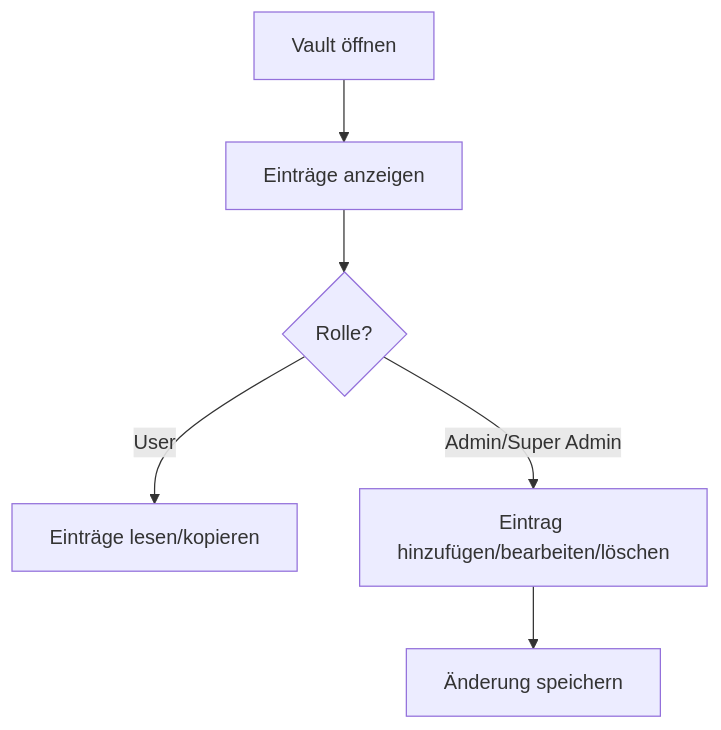
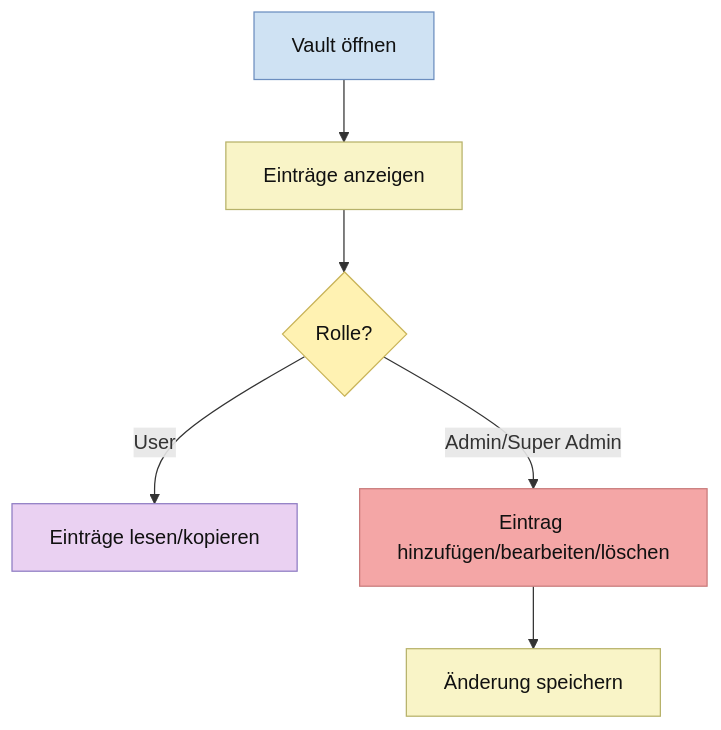
Diagram 13 of 23 in ABLAUFDIAGRAMM.md (Nejy190501/WGManager), drawn with Mermaid before and after one commit. The commit also changed other lines of this file, not shown here.

````diff
--- a/ABLAUFDIAGRAMM.md
+++ b/ABLAUFDIAGRAMM.md
@@ -365,8 +533,22 @@
 ```mermaid
 flowchart TD
     A["Vault öffnen"] --> B["Einträge anzeigen"]
     B --> C{"Rolle?"}
     C -->|User| D["Einträge lesen/kopieren"]
     C -->|Admin/Super Admin| E["Eintrag hinzufügen/bearbeiten/löschen"]
     E --> F["Änderung speichern"]
+
+    classDef userAction fill:#ead1f2,stroke:#8e7cc3,color:#111;
+    classDef systemAction fill:#f9f4c7,stroke:#b7b26a,color:#111;
+    classDef userDecision fill:#f4cccc,stroke:#cc7a7a,color:#111;
+    classDef systemDecision fill:#fff2b2,stroke:#c9b458,color:#111;
+    classDef button fill:#f4a6a6,stroke:#c97b7b,color:#111;
+    classDef userInput fill:#f8d7da,stroke:#d49aa2,color:#111;
+    classDef screen fill:#cfe2f3,stroke:#6c8ebf,color:#111;
+
+    class B,F systemAction;
+    class C systemDecision;
+    class E button;
+    class D userAction;
+    class A screen;
 ```
````
